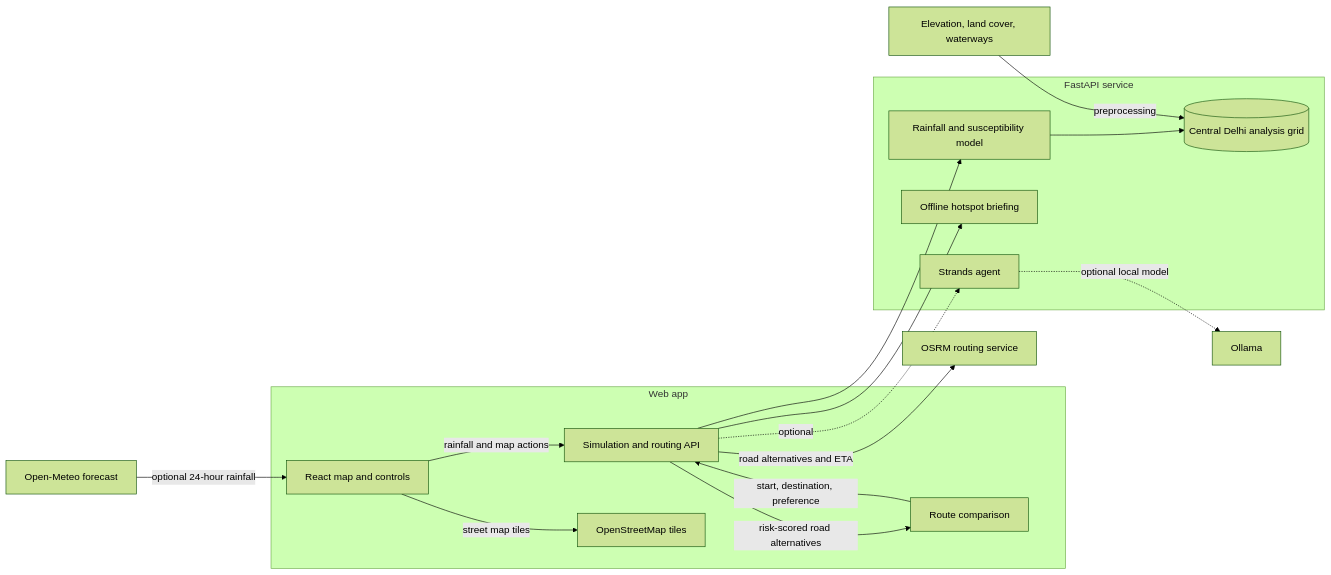
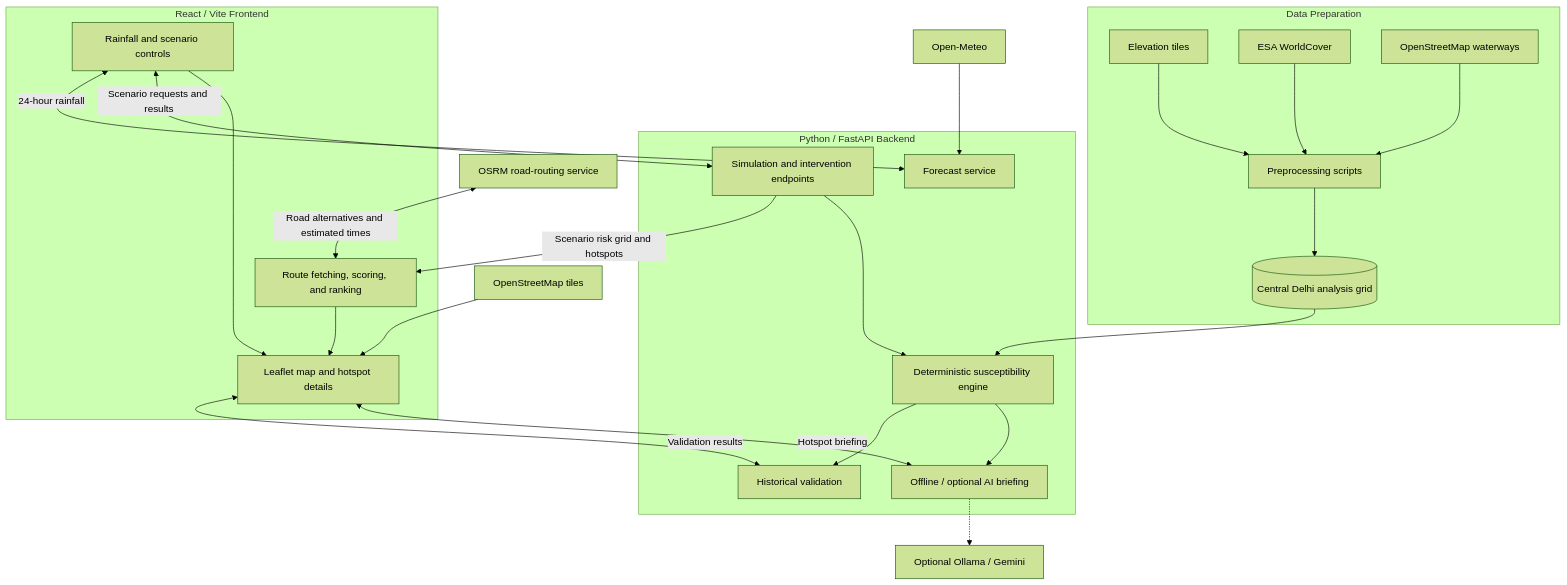
Before and after one commit to SarveshDujari/DrainTwin: the diagram in README.md, drawn with Mermaid (forest theme). The commit also changed other lines of this file, not shown here.

````diff
--- a/README.md
+++ b/README.md
@@ -23,26 +72,48 @@
 ```mermaid
-flowchart LR
-  subgraph Browser[Web app]
-    UI[React map and controls]
-    Route[Route comparison]
-    UI -->|rainfall and map actions| API
-    Route -->|start, destination, preference| API
-    UI -->|street map tiles| Tiles[OpenStreetMap tiles]
-  end
+flowchart TB
+    subgraph Preparation["Data Preparation"]
+        DEM["Elevation tiles"]
+        LC["ESA WorldCover"]
+        OSM["OpenStreetMap waterways"]
+        Prep["Preprocessing scripts"]
+        Grid[("Central Delhi analysis grid")]
 
-  subgraph Service[FastAPI service]
-    API[Simulation and routing API]
-    Engine[Rainfall and susceptibility model]
-    Grid[(Central Delhi analysis grid)]
-    API --> Engine
-    Engine --> Grid
-    API -->|risk-scored road alternatives| Route
-    API --> Briefing[Offline hotspot briefing]
-    API -. optional .-> Agent[Strands agent]
-  end
+        DEM --> Prep
+        LC --> Prep
+        OSM --> Prep
+        Prep --> Grid
+    end
 
-  Sources[Elevation, land cover, waterways] -->|preprocessing| Grid
-  API -->|road alternatives and ETA| OSRM[OSRM routing service]
-  Forecast[Open-Meteo forecast] -->|optional 24-hour rainfall| UI
-  Agent -. optional local model .-> LLM[Ollama]
+    subgraph Backend["Python / FastAPI Backend"]
+        API["Simulation and intervention endpoints"]
+        Engine["Deterministic susceptibility engine"]
+        Weather["Forecast service"]
+        Validation["Historical validation"]
+        Brief["Offline / optional AI briefing"]
+
+        API --> Engine
+        Grid --> Engine
+        Engine --> Brief
+        Engine --> Validation
+    end
+
+    subgraph Frontend["React / Vite Frontend"]
+        Controls["Rainfall and scenario controls"]
+        Map["Leaflet map and hotspot details"]
+        Routing["Route fetching, scoring, and ranking"]
+
+        Controls --> Map
+        Routing --> Map
+    end
+
+    Controls <-->|"Scenario requests and results"| API
+    Map <-->|"Hotspot briefing"| Brief
+    Map <-->|"Validation results"| Validation
+    Controls <-->|"24-hour rainfall"| Weather
+
+    Forecast["Open-Meteo"] --> Weather
+    OSRM["OSRM road-routing service"] <-->|"Road alternatives and estimated times"| Routing
+    API -->|"Scenario risk grid and hotspots"| Routing
+    Tiles["OpenStreetMap tiles"] --> Map
+    Brief -.-> Models["Optional Ollama / Gemini"]
 ```
````
